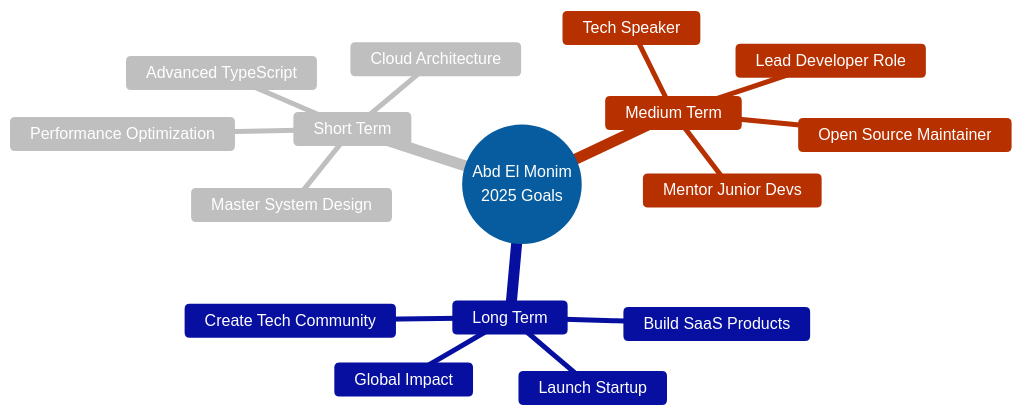
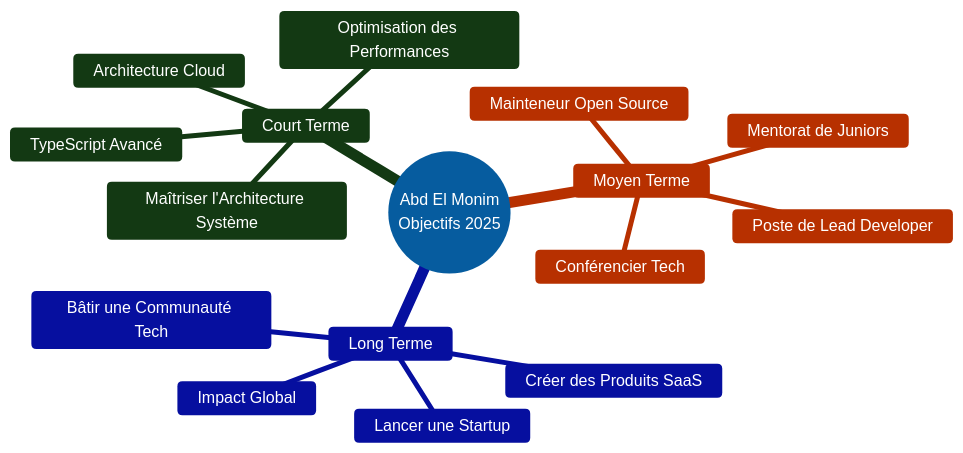
One commit to ABDE777/ABDE777 changed the first of 2 diagrams in README.md. Above: the diagram before and after it, drawn with Mermaid. The commit also changed other lines of this file, not shown here.

````diff
--- a/README.md
+++ b/README.md
@@ -124,20 +124,20 @@
 ```mermaid
-%%{init: {'theme':'base', 'themeVariables': { 'primaryColor':'#2e9ef7', 'primaryTextColor':'#fff', 'primaryBorderColor':'#1e88e5', 'lineColor':'#64b5f6', 'secondaryColor':'#ffffff', 'tertiaryColor':'#ff6c37'}}}%%
+%%{init: {'theme':'base', 'themeVariables': { 'primaryColor':'#2e9ef7', 'primaryTextColor':'#fff', 'primaryBorderColor':'#1e88e5', 'lineColor':'#64b5f6', 'secondaryColor':'#339933', 'tertiaryColor':'#ff6c37'}}}%%
 mindmap
-  root((Abd El Monim<br/>2025 Goals))
-    Short Term
-      Master System Design
-      Cloud Architecture
-      Advanced TypeScript
-      Performance Optimization
-    Medium Term
-      Lead Developer Role
-      Mentor Junior Devs
-      Tech Speaker
-      Open Source Maintainer
-    Long Term
-      Launch Startup
-      Build SaaS Products
-      Create Tech Community
-      Global Impact
+  root((Abd El Monim<br/>Objectifs 2025))
+    Court Terme
+      Maîtriser l'Architecture Système
+      Architecture Cloud
+      TypeScript Avancé
+      Optimisation des Performances
+    Moyen Terme
+      Poste de Lead Developer
+      Mentorat de Juniors
+      Conférencier Tech
+      Mainteneur Open Source
+    Long Terme
+      Lancer une Startup
+      Créer des Produits SaaS
+      Bâtir une Communauté Tech
+      Impact Global
 ```
````
